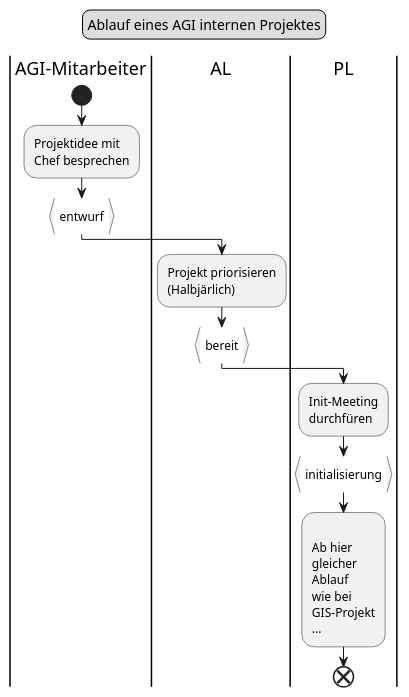
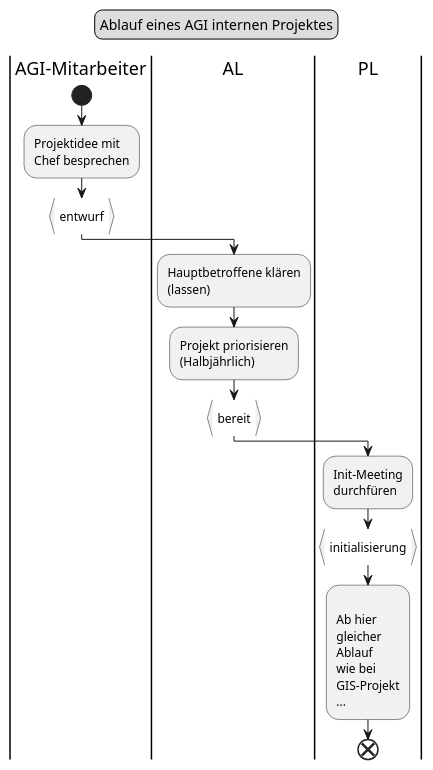
The diagram in puml/src/flow_agiprojekt.puml (ojeker/docktick), drawn with PlantUML before and after one commit. The commit also changed 5 other files, not shown here.

```diff
--- a/puml/src/flow_agiprojekt.puml
+++ b/puml/src/flow_agiprojekt.puml
@@ -1,26 +1,28 @@
 @startuml
 legend top
 	Ablauf eines AGI internen Projektes
 end legend
 |AGI-Mitarbeiter|
 start
 :Projektidee mit
 Chef besprechen;
 :entwurf}
 |AL|
+:Hauptbetroffene klären
+(lassen);
 :Projekt priorisieren
-(Halbjärlich);
+(Halbjährlich);
 :bereit}
 |PL|
 :Init-Meeting
 durchfüren;
 :initialisierung}
 :
 Ab hier
 gleicher
 Ablauf
 wie bei
 GIS-Projekt
 ...;
 end
 @enduml
```
